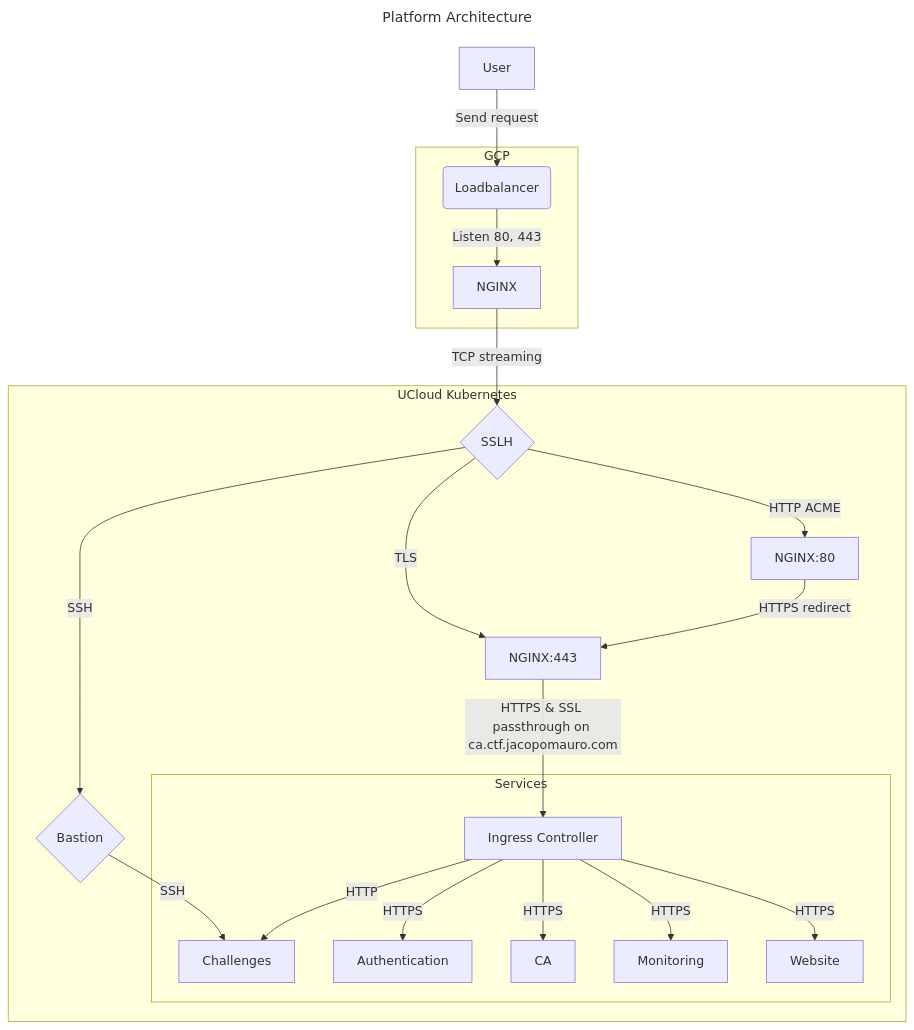
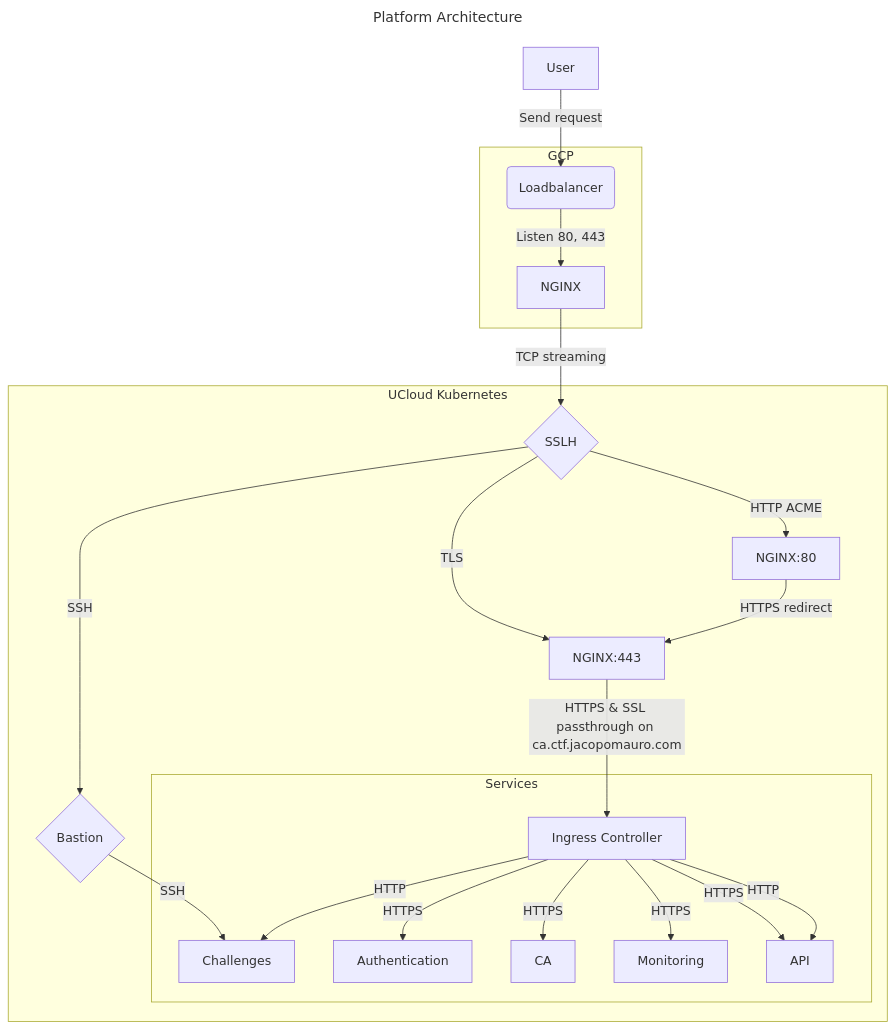
Before and after one commit to mattrent/CTF-Platform: the diagram in README.md, drawn with Mermaid.

Commit message:
update mermaid

````diff
--- a/README.md
+++ b/README.md
@@ -62,26 +62,27 @@
 ```mermaid
 ---
 title: Platform Architecture
 ---
 graph TD
     A[User] -->|Send request| B(Loadbalancer)
 subgraph GCP
     B -->|Listen 80, 443| C[NGINX]
 end
 subgraph UCloud Kubernetes
     C -->|TCP streaming| J{SSLH}
     J -->|SSH| K{Bastion}
     J -->|TLS| L[NGINX:443]
     J -->|HTTP ACME| M[NGINX:80]
     K -->|SSH| E[Challenges]
     L -->|HTTPS & SSL passthrough on ca.ctf.jacopomauro.com| G[Ingress Controller]
     M -->| HTTPS redirect | L
 subgraph Services
     G -->|HTTPS| H[Authentication]
     G -->|HTTPS| I[CA]
     G -->|HTTP| E
     G -->|HTTPS| F[Monitoring]
     G -->|HTTPS| O[Website]
+    G -->|HTTP| O[API]
 end
 end
 ```
````
